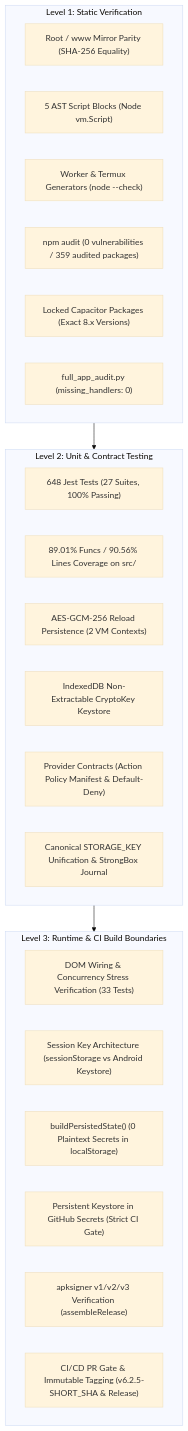
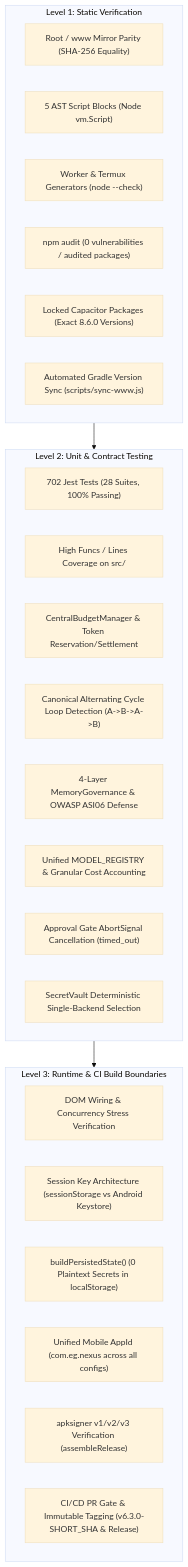
One commit to dicardotr46-max/EG-Nexus-OS changed the first of 2 diagrams in AUDIT_REPORT.md. Above: the diagram before and after it, drawn with Mermaid (base theme). The commit also changed other lines of this file and 29 other files, not shown here.

Commit message:
feat(v6.3.0): unify Android appId & Gradle version sync, add token reservation settlement, abort approval on timeout, unify SecretVault backend, add ModelRegistry & ASI04/ASI06 defenses

````diff
--- a/AUDIT_REPORT.md
+++ b/AUDIT_REPORT.md
@@ -21,32 +21,34 @@
 ```mermaid
 flowchart TD
     subgraph LEVEL_1["Level 1: Static Verification"]
         PARITY["Root / www Mirror Parity (SHA-256 Equality)"]
         AST["5 AST Script Blocks (Node vm.Script)"]
         TMPL["Worker & Termux Generators (node --check)"]
-        NPM["npm audit (0 vulnerabilities / 359 audited packages)"]
-        PINS["Locked Capacitor Packages (Exact 8.x Versions)"]
-        PARSER["full_app_audit.py (missing_handlers: 0)"]
+        NPM["npm audit (0 vulnerabilities / audited packages)"]
+        PINS["Locked Capacitor Packages (Exact 8.6.0 Versions)"]
+        GRADLE_SYNC["Automated Gradle Version Sync (scripts/sync-www.js)"]
     end
 
     subgraph LEVEL_2["Level 2: Unit & Contract Testing"]
-        JEST["648 Jest Tests (27 Suites, 100% Passing)"]
-        COV["89.01% Funcs / 90.56% Lines Coverage on src/"]
-        RELOAD["AES-GCM-256 Reload Persistence (2 VM Contexts)"]
-        IDB_KEY["IndexedDB Non-Extractable CryptoKey Keystore"]
-        PROVIDER["Provider Contracts (Action Policy Manifest & Default-Deny)"]
-        STORAGE_UNIF["Canonical STORAGE_KEY Unification & StrongBox Journal"]
+        JEST["702 Jest Tests (28 Suites, 100% Passing)"]
+        COV["High Funcs / Lines Coverage on src/"]
+        TOKEN_BUDGET["CentralBudgetManager & Token Reservation/Settlement"]
+        LOOP_DET["Canonical Alternating Cycle Loop Detection (A->B->A->B)"]
+        MEM_GOV["4-Layer MemoryGovernance & OWASP ASI06 Defense"]
+        MODEL_REG["Unified MODEL_REGISTRY & Granular Cost Accounting"]
+        TIMEOUT_ABORT["Approval Gate AbortSignal Cancellation (timed_out)"]
+        VAULT_UNIF["SecretVault Deterministic Single-Backend Selection"]
     end
 
     subgraph LEVEL_3["Level 3: Runtime & CI Build Boundaries"]
-        DOM_WIRING["DOM Wiring & Concurrency Stress Verification (33 Tests)"]
+        DOM_WIRING["DOM Wiring & Concurrency Stress Verification"]
         SESSION["Session Key Architecture (sessionStorage vs Android Keystore)"]
         STRIP["buildPersistedState() (0 Plaintext Secrets in localStorage)"]
-        SECRETS_GATE["Persistent Keystore in GitHub Secrets (Strict CI Gate)"]
+        APPID_PARITY["Unified Mobile AppId (com.eg.nexus across all configs)"]
         SIGN["apksigner v1/v2/v3 Verification (assembleRelease)"]
-        GATE["CI/CD PR Gate & Immutable Tagging (v6.2.5-SHORT_SHA & Release)"]
+        GATE["CI/CD PR Gate & Immutable Tagging (v6.3.0-SHORT_SHA & Release)"]
     end
 
     LEVEL_1 --> LEVEL_2
     LEVEL_2 --> LEVEL_3
 ```
````
